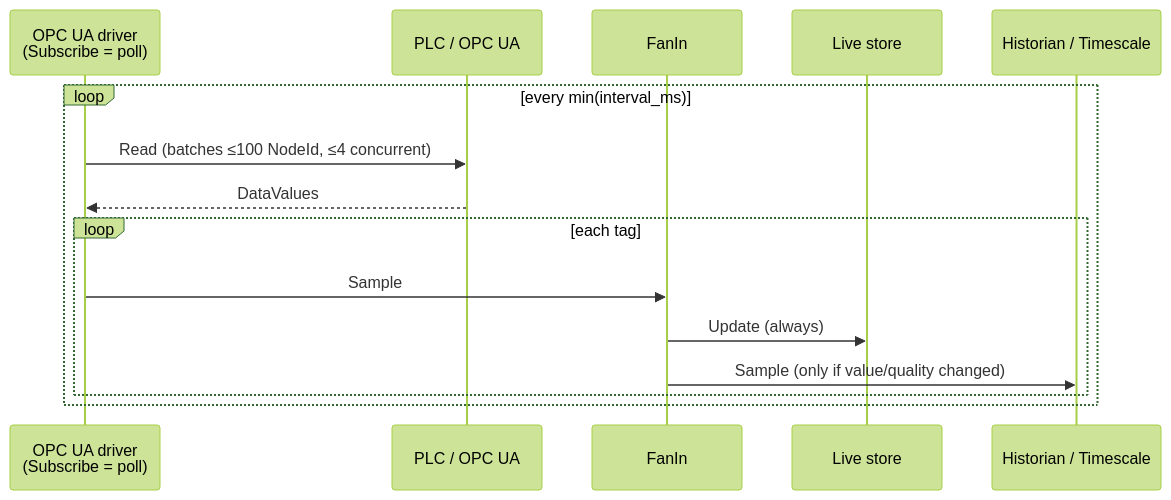
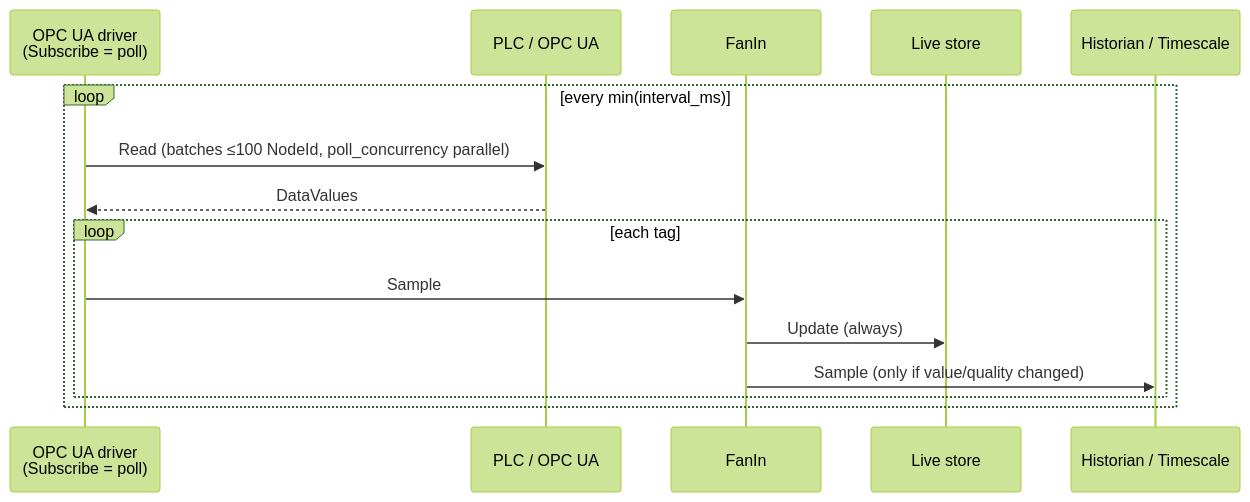
One commit to popelev/level2 changed the first of 2 diagrams in docs/opc-subscription-mode.md. Above: the diagram before and after it, drawn with Mermaid (forest theme). The commit also changed other lines of this file and 10 other files, not shown here.

First line of the commit message:
Add per-device poll_concurrency for parallel OPC Reads.

````diff
--- a/docs/opc-subscription-mode.md
+++ b/docs/opc-subscription-mode.md
@@ -27,18 +27,18 @@
 ```mermaid
 sequenceDiagram
   participant Drv as OPC UA driver<br/>(Subscribe = poll)
   participant PLC as PLC / OPC UA
   participant Fan as FanIn
   participant Live as Live store
   participant Hist as Historian / Timescale
 
   loop every min(interval_ms)
-    Drv->>PLC: Read (batches ≤100 NodeId, ≤4 concurrent)
+    Drv->>PLC: Read (batches ≤100 NodeId, poll_concurrency parallel)
     PLC-->>Drv: DataValues
     loop each tag
       Drv->>Fan: Sample
       Fan->>Live: Update (always)
       Fan->>Hist: Sample (only if value/quality changed)
     end
   end
 ```
````
